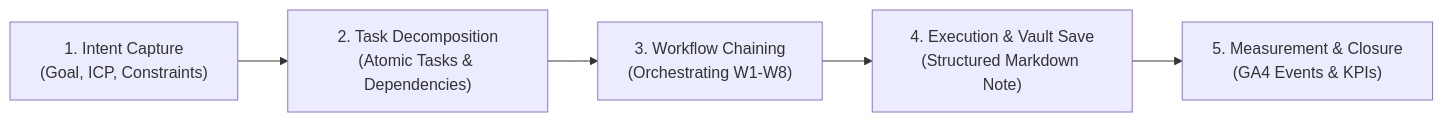
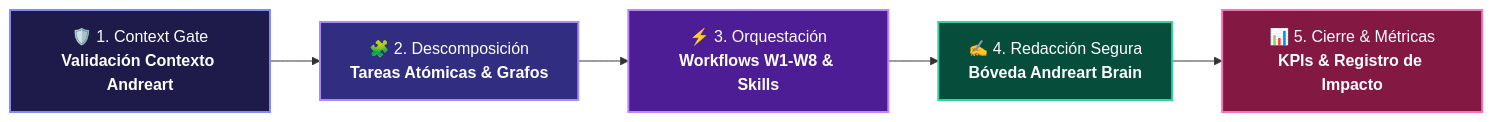
Before and after one commit to jeisonsosablockdev/andreart-knowledge: the second of 2 diagrams in README.md, drawn with Mermaid. The commit also changed other lines of this file and 1 other file, not shown here.

First line of the commit message:
docs: Actualizar y embellecer README con identidad visual de Andreart

````diff
--- a/README.md
+++ b/README.md
@@ -157,7 +157,13 @@
 ```mermaid
 flowchart LR
-    A["1. Intent Capture<br/>(Goal, ICP, Constraints)"] --> B["2. Task Decomposition<br/>(Atomic Tasks & Dependencies)"]
-    B --> C["3. Workflow Chaining<br/>(Orchestrating W1-W8)"]
-    C --> D["4. Execution & Vault Save<br/>(Structured Markdown Note)"]
-    D --> E["5. Measurement & Closure<br/>(GA4 Events & KPIs)"]
+    classDef gate fill:#1e1b4b,stroke:#818cf8,stroke-width:2px,color:#ffffff;
+    classDef decomp fill:#312e81,stroke:#a78bfa,stroke-width:2px,color:#ffffff;
+    classDef orch fill:#4c1d95,stroke:#c084fc,stroke-width:2px,color:#ffffff;
+    classDef draft fill:#064e3b,stroke:#34d399,stroke-width:2px,color:#ffffff;
+    classDef close fill:#831843,stroke:#f472b6,stroke-width:2px,color:#ffffff;
+
+    A["🛡️ 1. Context Gate<br/><b>Validación Contexto Andreart</b>"]:::gate --> B["🧩 2. Descomposición<br/><b>Tareas Atómicas & Grafos</b>"]:::decomp
+    B --> C["⚡ 3. Orquestación<br/><b>Workflows W1-W8 & Skills</b>"]:::orch
+    C --> D["✍️ 4. Redacción Segura<br/><b>Bóveda Andreart Brain</b>"]:::draft
+    D --> E["📊 5. Cierre & Métricas<br/><b>KPIs & Registro de Impacto</b>"]:::close
 ```
````
